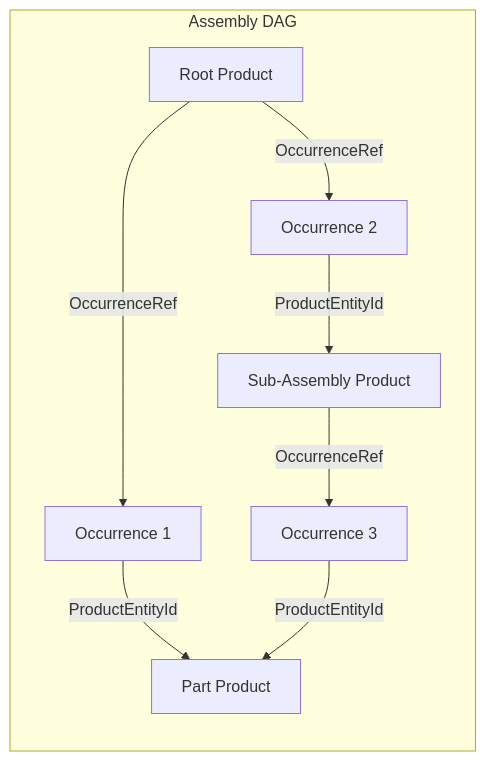
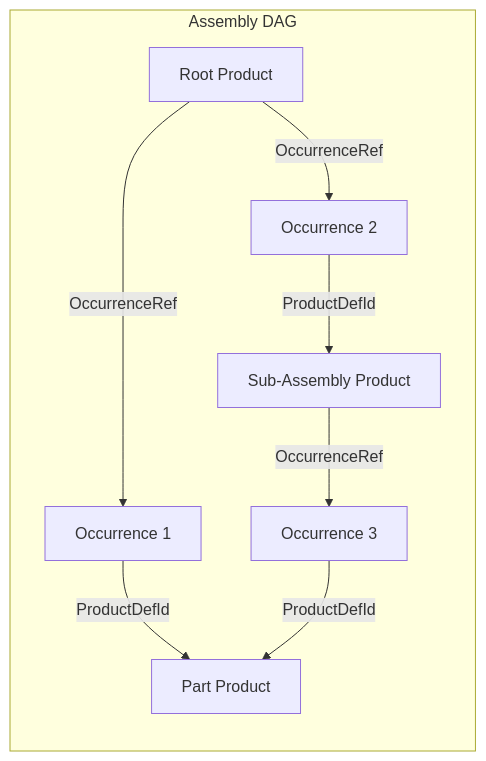
Before and after one commit to Open-Cascade-SAS/OCCT: the fourth of 4 diagrams in src/ModelingData/TKBRep/BRepGraph/README.md, drawn with Mermaid. The commit also changed other lines of this file and 34 other files, not shown here.

First line of the commit message:
Refactor BRepGraph to use DefId instead of EntityId for various graph components

````diff
--- a/src/ModelingData/TKBRep/BRepGraph/README.md
+++ b/src/ModelingData/TKBRep/BRepGraph/README.md
@@ -164,18 +164,18 @@
 ```mermaid
 flowchart LR
   subgraph Assembly DAG
     RP[Root Product]
     P1[Part Product]
     P2[Sub-Assembly Product]
     O1[Occurrence 1]
     O2[Occurrence 2]
     O3[Occurrence 3]
   end
 
   RP -->|OccurrenceRef| O1
   RP -->|OccurrenceRef| O2
-  O1 -->|ProductEntityId| P1
-  O2 -->|ProductEntityId| P2
+  O1 -->|ProductDefId| P1
+  O2 -->|ProductDefId| P2
   P2 -->|OccurrenceRef| O3
-  O3 -->|ProductEntityId| P1
+  O3 -->|ProductDefId| P1
 ```
````
